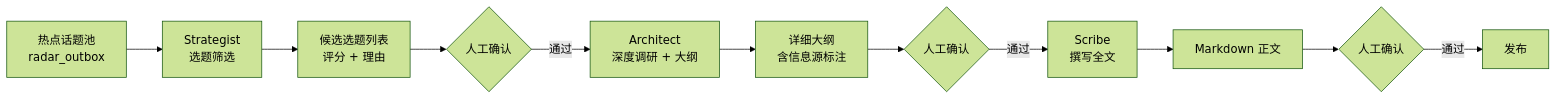
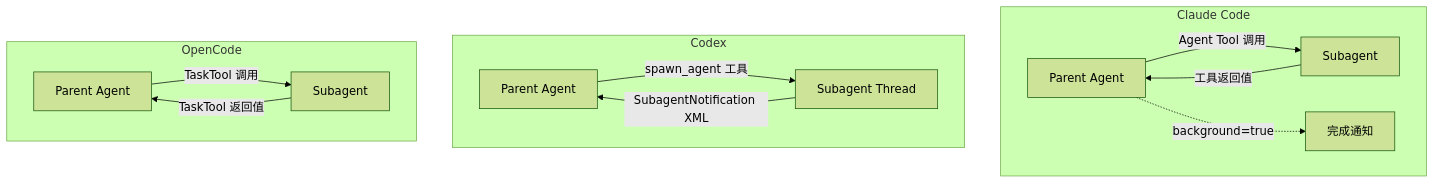
One commit to pofossette/guidebooks changed the diagram in docs/agent-dev/claude-code-learning/multi-agent.md. Above: the diagram before and after it, drawn with Mermaid (forest theme). The commit also changed other lines of this file and 13 other files, not shown here.

````diff
--- a/docs/agent-dev/claude-code-learning/multi-agent.md
+++ b/docs/agent-dev/claude-code-learning/multi-agent.md
@@ -80,16 +146,18 @@
 ```mermaid
-flowchart LR
-    R[热点话题池<br/>radar_outbox] --> S1[Strategist<br/>选题筛选]
-    S1 --> T1[候选选题列表<br/>评分 + 理由]
+flowchart TD
+    subgraph ClaudeCode[Claude Code]
+        P1[Parent Agent] -->|Agent Tool 调用| S1[Subagent]
+        S1 -->|工具返回值| P1
+        P1 -.->|background=true| N1[完成通知]
+    end
 
-    T1 --> H1{人工确认}
-    H1 -->|通过| S2[Architect<br/>深度调研 + 大纲]
-    S2 --> T2[详细大纲<br/>含信息源标注]
+    subgraph Codex[Codex]
+        P2[Parent Agent] -->|spawn_agent 工具| S2[Subagent Thread]
+        S2 -->|SubagentNotification XML| P2
+    end
 
-    T2 --> H2{人工确认}
-    H2 -->|通过| S3[Scribe<br/>撰写全文]
-    S3 --> T3[Markdown 正文]
-
-    T3 --> H3{人工确认}
-    H3 -->|通过| P[发布]
+    subgraph OpenCode[OpenCode]
+        P3[Parent Agent] -->|TaskTool 调用| S3[Subagent]
+        S3 -->|TaskTool 返回值| P3
+    end
 ```
````
